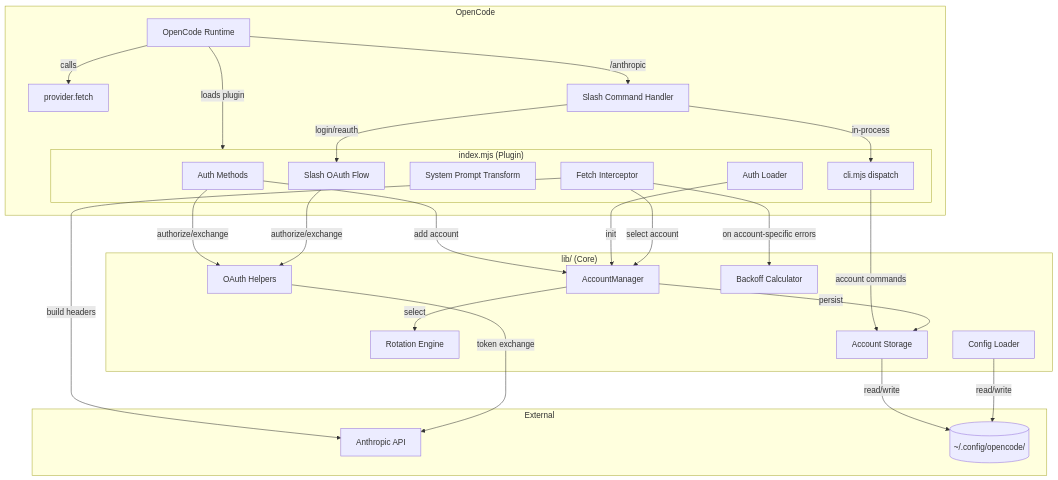
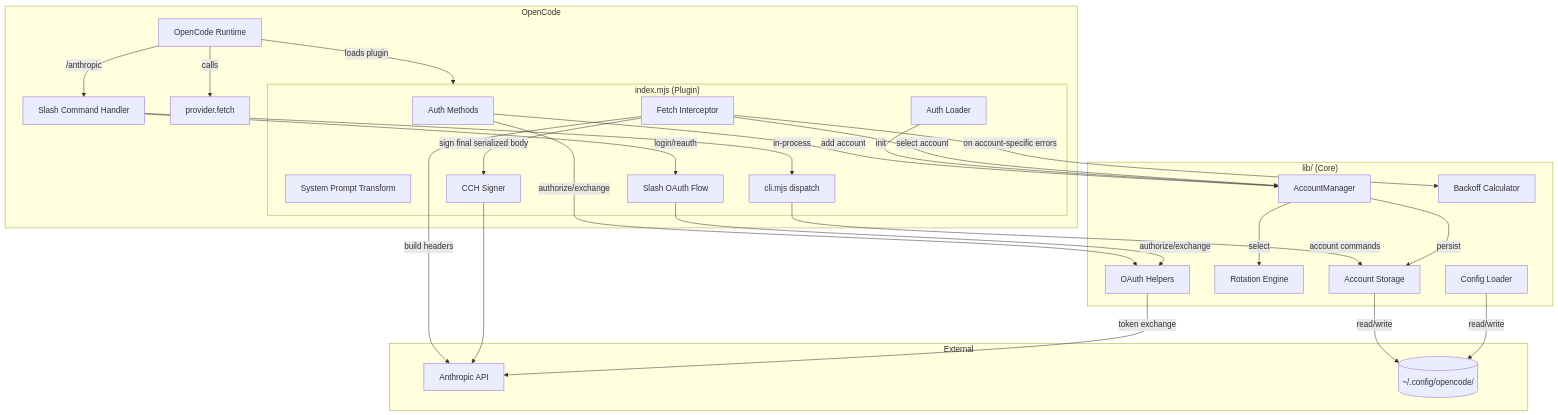
Before and after one commit to IronLu233/opencode-anthropic-auth: the first of 7 diagrams in CONTRIBUTING.md, drawn with Mermaid. The commit also changed other lines of this file and 12 other files, not shown here.

````diff
--- a/CONTRIBUTING.md
+++ b/CONTRIBUTING.md
@@ -81,45 +83,48 @@
 ```mermaid
 graph TB
     subgraph OpenCode
         OC[OpenCode Runtime] -->|loads plugin| Plugin
         OC -->|calls| Fetch[provider.fetch]
         OC -->|/anthropic| SlashCmd[Slash Command Handler]
     end
 
     subgraph Plugin["index.mjs (Plugin)"]
         Auth[Auth Methods]
         Loader[Auth Loader]
         SysTransform[System Prompt Transform]
         FetchInterceptor[Fetch Interceptor]
+        CCH[CCH Signer]
         SlashCmd -->|in-process| CLI[cli.mjs dispatch]
         SlashCmd -->|login/reauth| OAuthFlow[Slash OAuth Flow]
     end
 
     subgraph Core["lib/ (Core)"]
         OAuth[OAuth Helpers]
         AM[AccountManager]
         Rotation[Rotation Engine]
         Backoff[Backoff Calculator]
         Config[Config Loader]
         Storage[Account Storage]
     end
 
     subgraph External
         Anthropic[Anthropic API]
         Disk[(~/.config/opencode/)]
     end
 
     Auth -->|authorize/exchange| OAuth
     OAuthFlow -->|authorize/exchange| OAuth
     CLI -->|account commands| Storage
     Auth -->|add account| AM
     Loader -->|init| AM
     FetchInterceptor -->|select account| AM
     FetchInterceptor -->|build headers| Anthropic
+    FetchInterceptor -->|sign final serialized body| CCH
+    CCH --> Anthropic
     FetchInterceptor -->|on account-specific errors| Backoff
     AM -->|select| Rotation
     AM -->|persist| Storage
     Storage -->|read/write| Disk
     Config -->|read/write| Disk
     OAuth -->|token exchange| Anthropic
 ```
````
